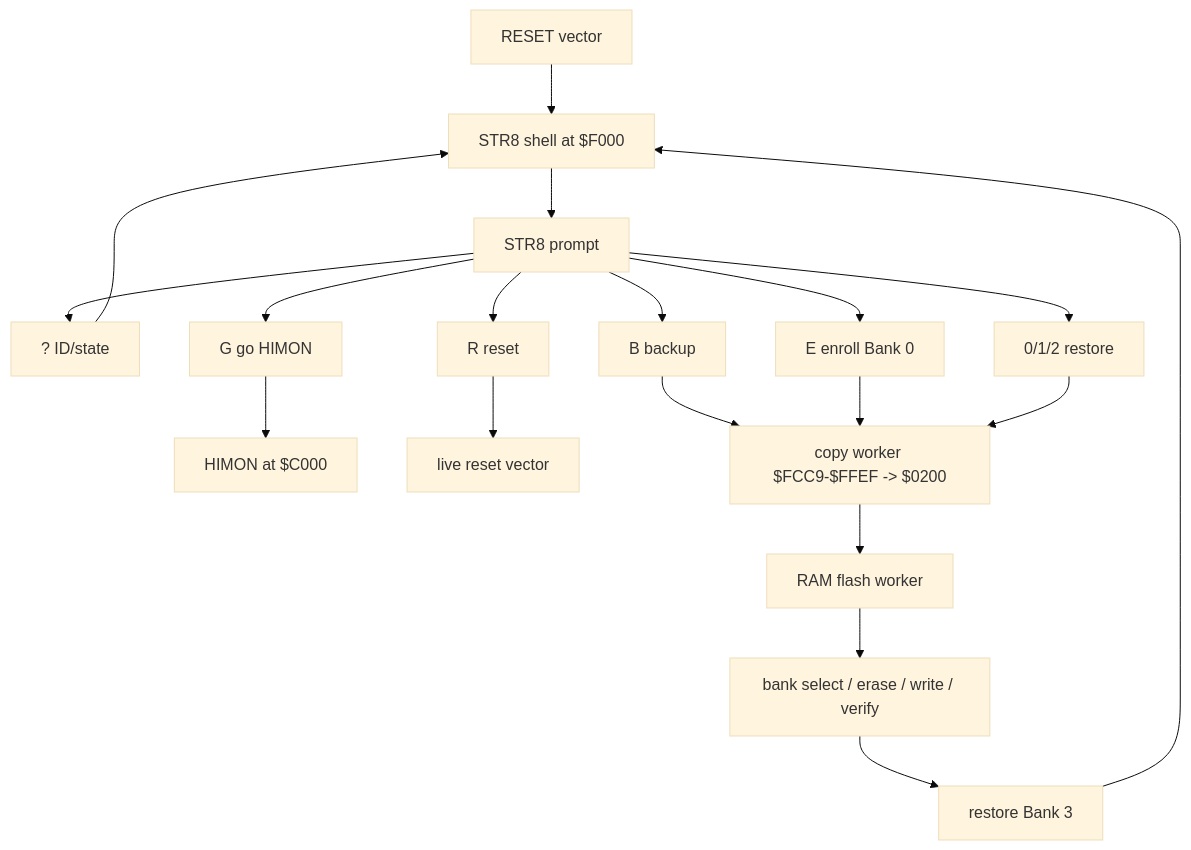
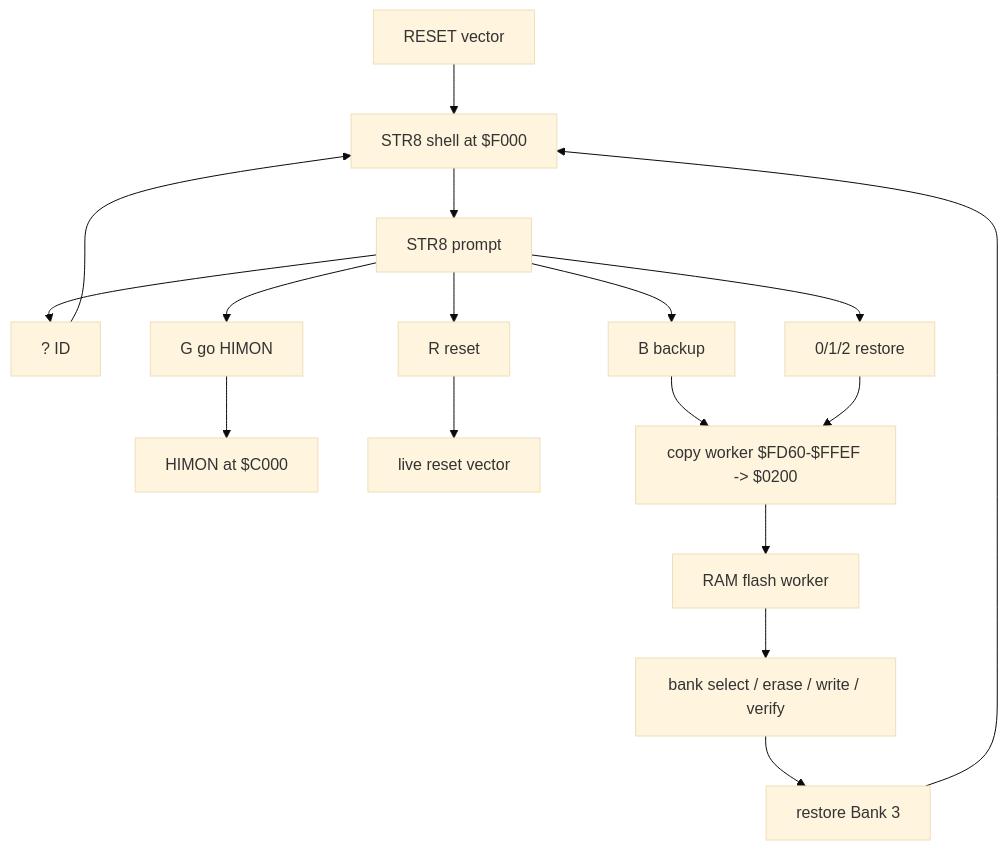
One commit to 95westus/R-YORS changed the second of 3 diagrams in DOC/GUIDES/STR8/STR8.md. Above: the diagram before and after it, drawn with Mermaid (base theme). The commit also changed other lines of this file and 25 other files, not shown here.

````diff
--- a/DOC/GUIDES/STR8/STR8.md
+++ b/DOC/GUIDES/STR8/STR8.md
@@ -612,25 +604,23 @@
 ```mermaid
 flowchart TD
     RESET[RESET vector] --> STR8[STR8 shell at $F000]
     STR8 --> PROMPT[STR8 prompt]
 
-    PROMPT --> Q[? ID/state]
+    PROMPT --> Q[? ID]
     PROMPT --> B[B backup]
-    PROMPT --> E[E enroll Bank 0]
     PROMPT --> RST[0/1/2 restore]
     PROMPT --> G[G go HIMON]
     PROMPT --> R[R reset]
 
     G --> HIMON[HIMON at $C000]
     R --> RESETV[live reset vector]
 
-    B --> COPY[copy worker $FCC9-$FFEF -> $0200]
-    E --> COPY
+    B --> COPY[copy worker $FD60-$FFEF -> $0200]
     RST --> COPY
     COPY --> WORKER[RAM flash worker]
     WORKER --> FLASH[bank select / erase / write / verify]
     FLASH --> BANK3[restore Bank 3]
     BANK3 --> STR8
 
     Q --> STR8
 ```
````
